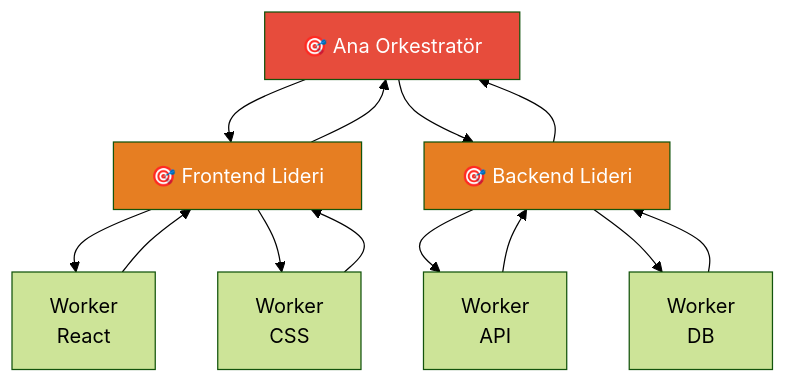
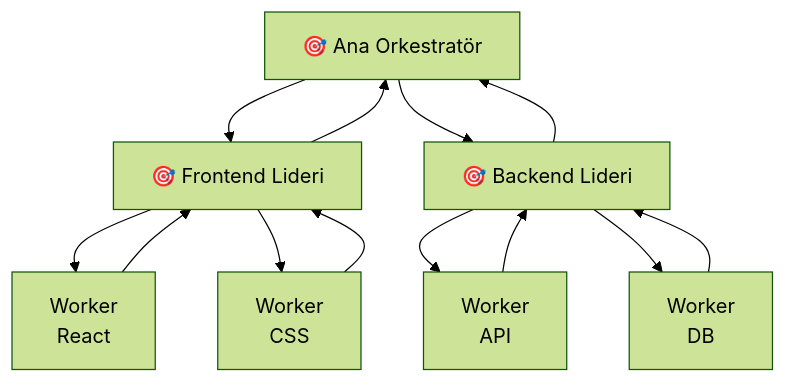
One commit to IzzetYasinAtes/ClaudeCodeHandbook changed the fifth of 12 diagrams in 13-subagentlar-ve-agent-takimlari/04-agent-takimlari.md. Above: the diagram before and after it, drawn with Mermaid (forest theme). The commit also changed other lines of this file and 97 other files, not shown here.

Commit message:
Remove all custom Mermaid style/fill colors from 98 markdown files for consistent dark theme rendering

````diff
--- a/13-subagentlar-ve-agent-takimlari/04-agent-takimlari.md
+++ b/13-subagentlar-ve-agent-takimlari/04-agent-takimlari.md
@@ -134,23 +125,20 @@
 ```mermaid
 flowchart TD
     ORCH["🎯 Ana Orkestratör"] --> SUB1["🎯 Frontend Lideri"]
     ORCH --> SUB2["🎯 Backend Lideri"]
 
     SUB1 --> W1["Worker<br/>React"]
     SUB1 --> W2["Worker<br/>CSS"]
 
     SUB2 --> W3["Worker<br/>API"]
     SUB2 --> W4["Worker<br/>DB"]
 
     W1 --> SUB1
     W2 --> SUB1
     W3 --> SUB2
     W4 --> SUB2
 
     SUB1 --> ORCH
     SUB2 --> ORCH
 
-    style ORCH fill:#E74C3C,color:#fff
-    style SUB1 fill:#E67E22,color:#fff
-    style SUB2 fill:#E67E22,color:#fff
 ```
````
